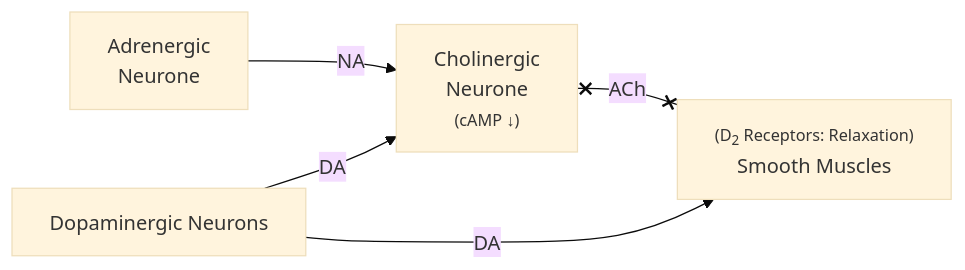
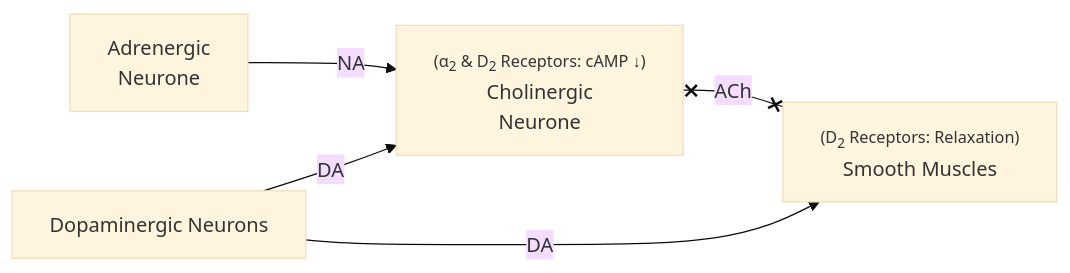
The second of 2 diagrams in Y3S2 SBMS2106 Pharmacology and Toxicology/Lecture 9.2 - (Gastrointestinal Pharmacology) Gastric Motility Drugs.md (catskin0106/BiomedStuff), drawn with Mermaid (base theme) before and after one commit. The commit also changed other lines of this file, not shown here.

````diff
--- a/Y3S2 SBMS2106 Pharmacology and Toxicology/Lecture 9.2 - (Gastrointestinal Pharmacology) Gastric Motility Drugs.md
+++ b/Y3S2 SBMS2106 Pharmacology and Toxicology/Lecture 9.2 - (Gastrointestinal Pharmacology) Gastric Motility Drugs.md
@@ -23,6 +23,6 @@
 ```mermaid
 flowchart LR
-	A["Adrenergic<br>Neurone"]--NA-->B["Cholinergic<br>Neurone<br><font size="2">(cAMP ↓)</font>"]x--ACh--xC["<font size="2">(D<sub>2</sub> Receptors: Relaxation)</font><br>Smooth Muscles"]
+	A["Adrenergic<br>Neurone"]--NA-->B["<font size="2">(α<sub>2</sub> & D<sub>2</sub> Receptors: cAMP ↓)</font><br>Cholinergic<br>Neurone"]x--ACh--xC["<font size="2">(D<sub>2</sub> Receptors: Relaxation)</font><br>Smooth Muscles"]
 	D["Dopaminergic Neurons"]--DA-->B
 	D--DA-->C
 ```
````
